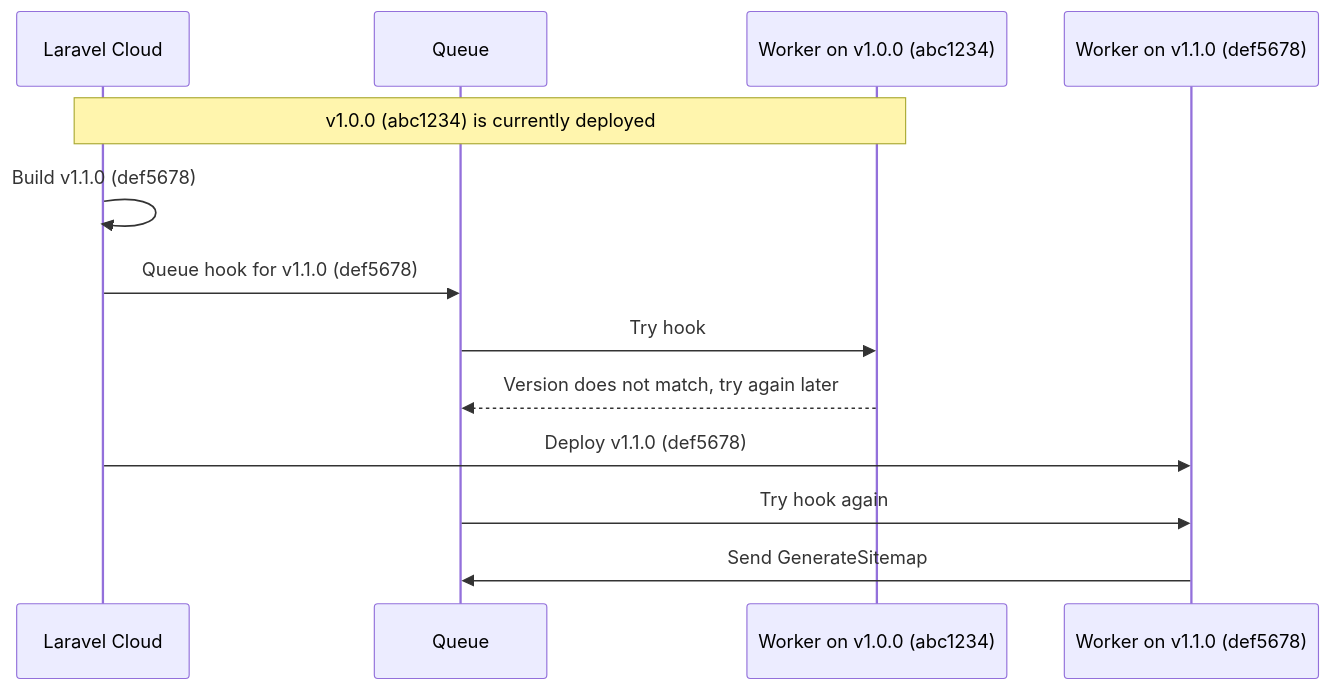
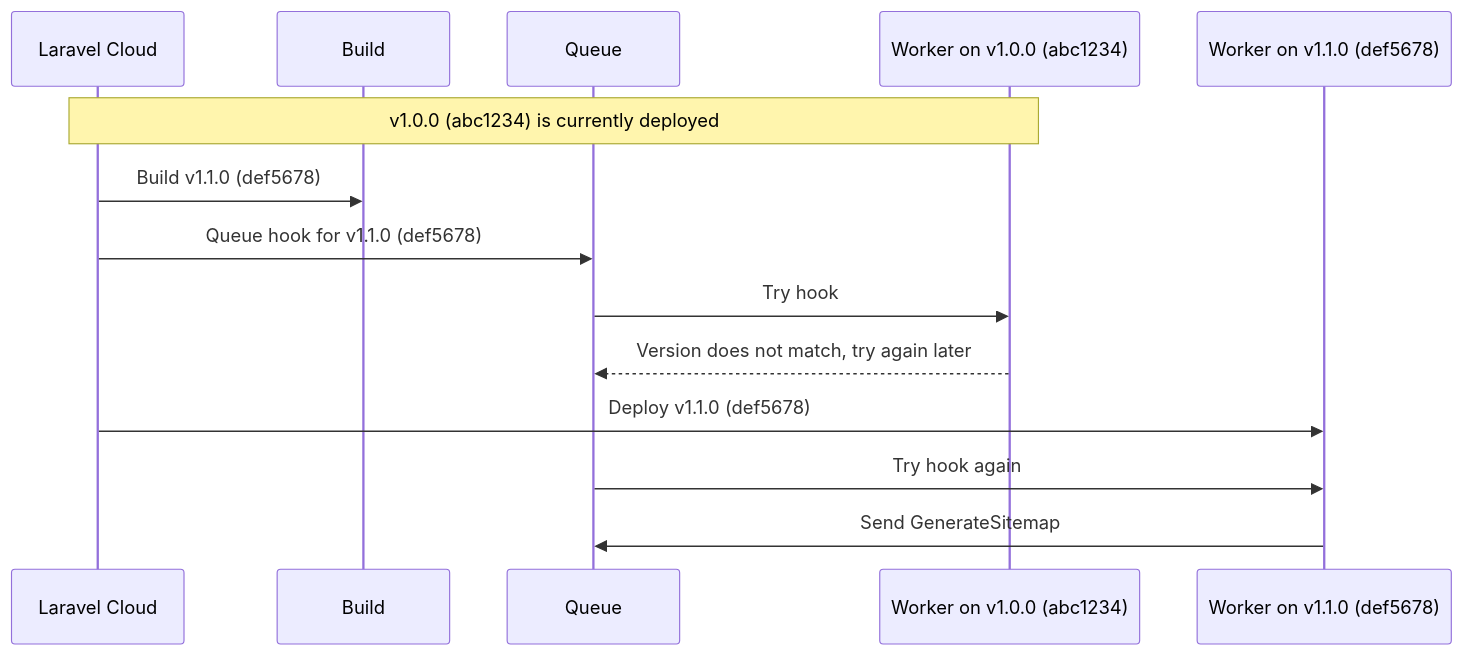
One commit to mathiasgrimm/laravel-post-deploy-hooks changed the diagram in README.md. Above: the diagram before and after it, drawn with Mermaid.

Commit message:
Clarify build step in deployment timeline

````diff
--- a/README.md
+++ b/README.md
@@ -92,16 +92,17 @@
 ```mermaid
 sequenceDiagram
     participant Cloud as Laravel Cloud
+    participant Build
     participant Queue
     participant Old as Worker on v1.0.0 (abc1234)
     participant New as Worker on v1.1.0 (def5678)
 
     Note over Cloud,Old: v1.0.0 (abc1234) is currently deployed
-    Cloud->>Cloud: Build v1.1.0 (def5678)
+    Cloud->>Build: Build v1.1.0 (def5678)
     Cloud->>Queue: Queue hook for v1.1.0 (def5678)
     Queue->>Old: Try hook
     Old-->>Queue: Version does not match, try again later
     Cloud->>New: Deploy v1.1.0 (def5678)
     Queue->>New: Try hook again
     New->>Queue: Send GenerateSitemap
 ```
````
